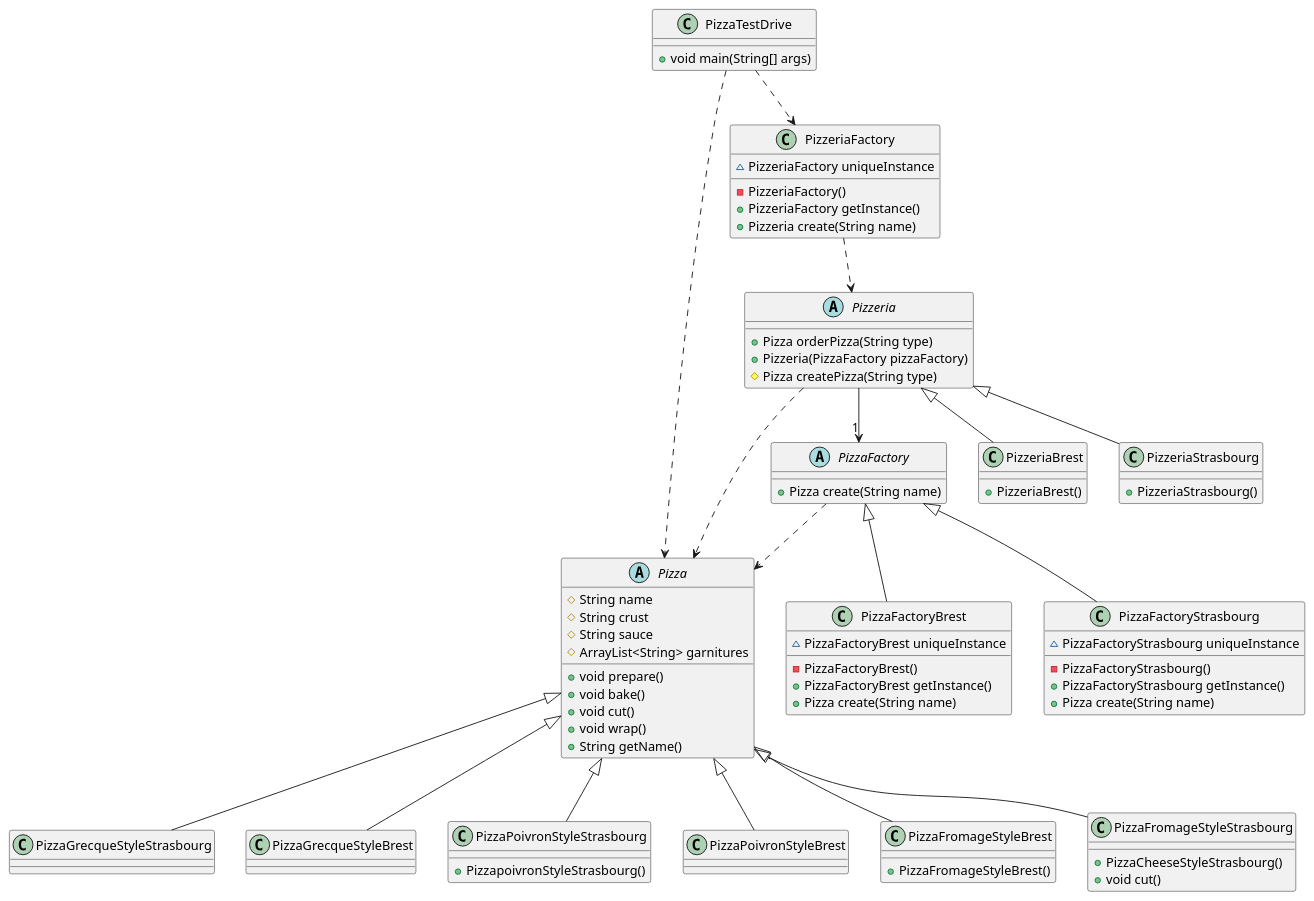
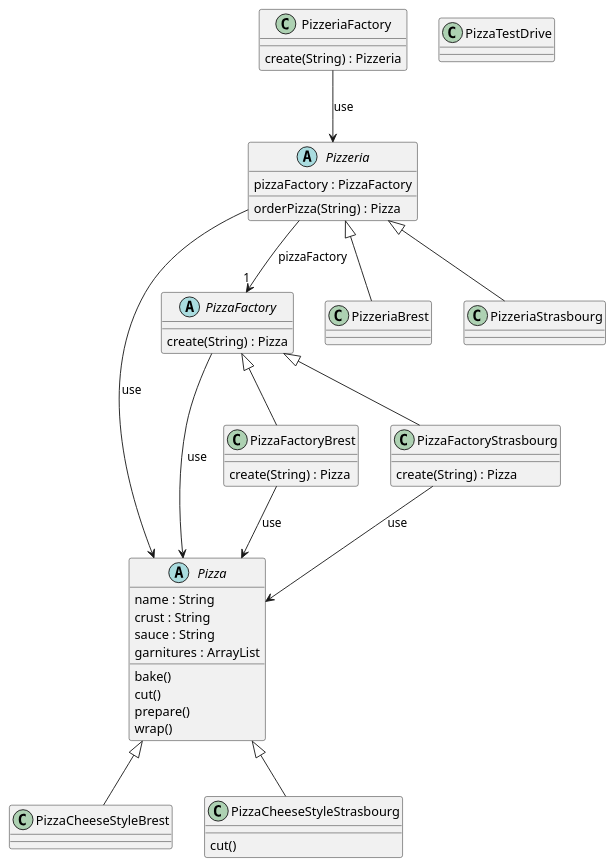
Before and after one commit to IUT-Blagnac/cpoa-tp3-sashalarrieu: the diagram in docs/TP3.plantuml, drawn with PlantUML.

Commit message:
fix #All: Completed all duties

```diff
--- a/docs/TP3.plantuml
+++ b/docs/TP3.plantuml
@@ -1,92 +1,60 @@
 @startuml
 
-class PizzaTestDrive{
-  +void main(String[] args)
+abstract class Pizza {
+  name : String
+  crust : String
+  sauce : String
+  garnitures : ArrayList
+  bake()
+  cut()
+  prepare()
+  wrap()
 }
 
-PizzaTestDrive ..> Pizza
-PizzaTestDrive ..> PizzeriaFactory
+class PizzaCheeseStyleBrest
 
-class PizzeriaFactory{
-  ~PizzeriaFactory uniqueInstance
-  -PizzeriaFactory()
-  +PizzeriaFactory getInstance()
-  +Pizzeria create(String name)
+class PizzaCheeseStyleStrasbourg {
+  cut()
 }
 
-PizzeriaFactory ..> Pizzeria
-
-abstract class Pizzeria{
-  +Pizza orderPizza(String type)
-  +Pizzeria(PizzaFactory pizzaFactory)
-  #Pizza createPizza(String type)
+abstract class PizzaFactory {
+  create(String) : Pizza
 }
 
-Pizzeria ..> Pizza
-Pizzeria --> "1"PizzaFactory
-Pizzeria ^-- PizzeriaBrest
-Pizzeria ^-- PizzeriaStrasbourg
-
-class PizzeriaBrest{
-  +PizzeriaBrest()
+class PizzaFactoryBrest {
+  create(String) : Pizza
 }
 
-class PizzeriaStrasbourg{
-  +PizzeriaStrasbourg()
+class PizzaFactoryStrasbourg {
+  create(String) : Pizza
 }
 
-abstract class PizzaFactory{
-  +Pizza create(String name)
+class PizzaTestDrive
+
+abstract class Pizzeria {
+  pizzaFactory : PizzaFactory
+  orderPizza(String) : Pizza
 }
 
-PizzaFactory ..> Pizza
-PizzaFactory ^-- PizzaFactoryBrest
-PizzaFactory ^-- PizzaFactoryStrasbourg
+class PizzeriaBrest
 
-class PizzaFactoryBrest{
-  ~PizzaFactoryBrest uniqueInstance
-  -PizzaFactoryBrest()
-  +PizzaFactoryBrest getInstance()
-  +Pizza create(String name)
+class PizzeriaFactory {
+  create(String) : Pizzeria
 }
 
-class PizzaFactoryStrasbourg{
-  ~PizzaFactoryStrasbourg uniqueInstance
-  -PizzaFactoryStrasbourg()
-  +PizzaFactoryStrasbourg getInstance()
-  +Pizza create(String name)
-}
+class PizzeriaStrasbourg
 
-abstract class Pizza {
-  #String name
-  #String crust
-  #String sauce
-  #ArrayList<String> garnitures
-  +void prepare()
-  +void bake()
-  +void cut()
-  +void wrap()
-  +String getName()
-}
-
-Pizza ^-- PizzaGrecqueStyleStrasbourg
-Pizza ^-- PizzaGrecqueStyleBrest
-Pizza <|-- PizzaPoivronStyleStrasbourg
-Pizza <|-- PizzaPoivronStyleBrest
-Pizza <|-- PizzaFromageStyleBrest
-Pizza <|-- PizzaFromageStyleStrasbourg
-
-class PizzaPoivronStyleStrasbourg{
-  +PizzapoivronStyleStrasbourg()
-}
-
-class PizzaFromageStyleBrest {
-  +PizzaFromageStyleBrest()
-}
-
-class PizzaFromageStyleStrasbourg {
-  +PizzaCheeseStyleStrasbourg()
-  +void cut()
-}
+PizzaFactoryBrest --> Pizza : use
+PizzaFactory --> Pizza : use
+PizzaFactory <|-- PizzaFactoryBrest
+PizzaFactory <|-- PizzaFactoryStrasbourg
+PizzaFactoryStrasbourg --> Pizza : use
+Pizza <|-- PizzaCheeseStyleBrest
+Pizza <|-- PizzaCheeseStyleStrasbourg
+PizzeriaFactory --> Pizzeria : use
+Pizzeria --> Pizza : use
+Pizzeria --> "1" PizzaFactory : pizzaFactory
+Pizzeria <|-- PizzeriaBrest
+Pizzeria <|-- PizzeriaStrasbourg
 
 @enduml
```
